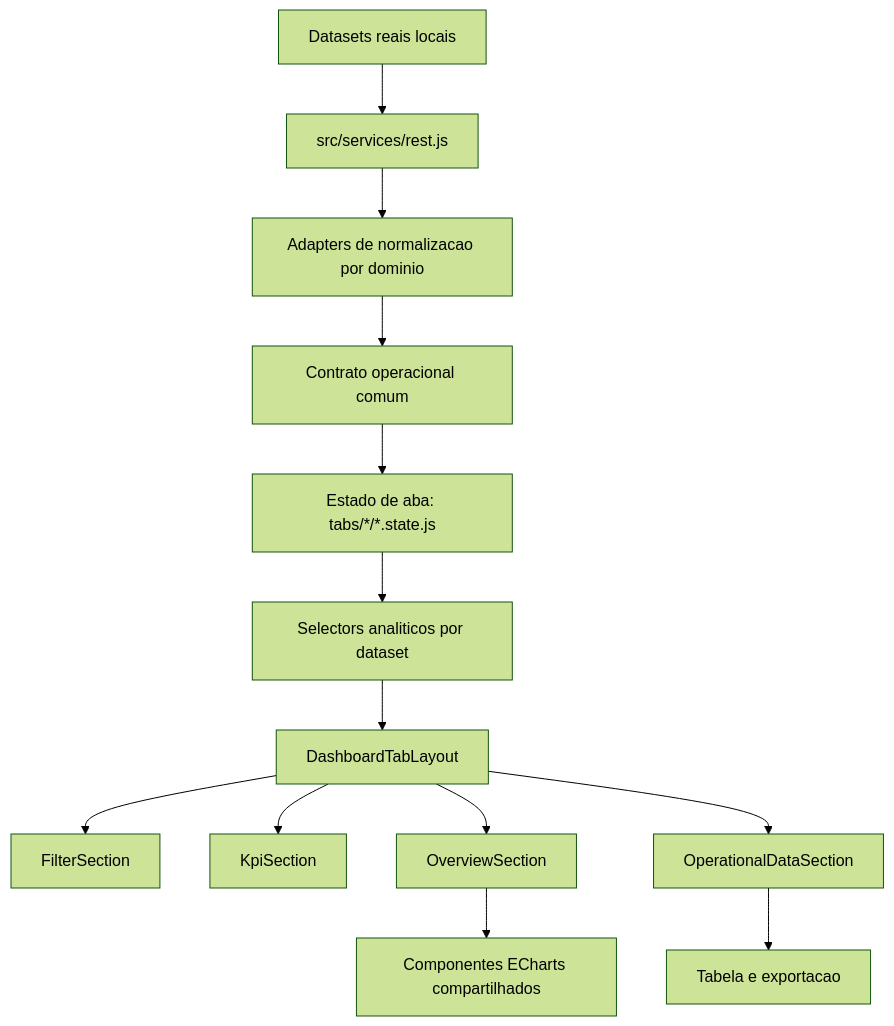
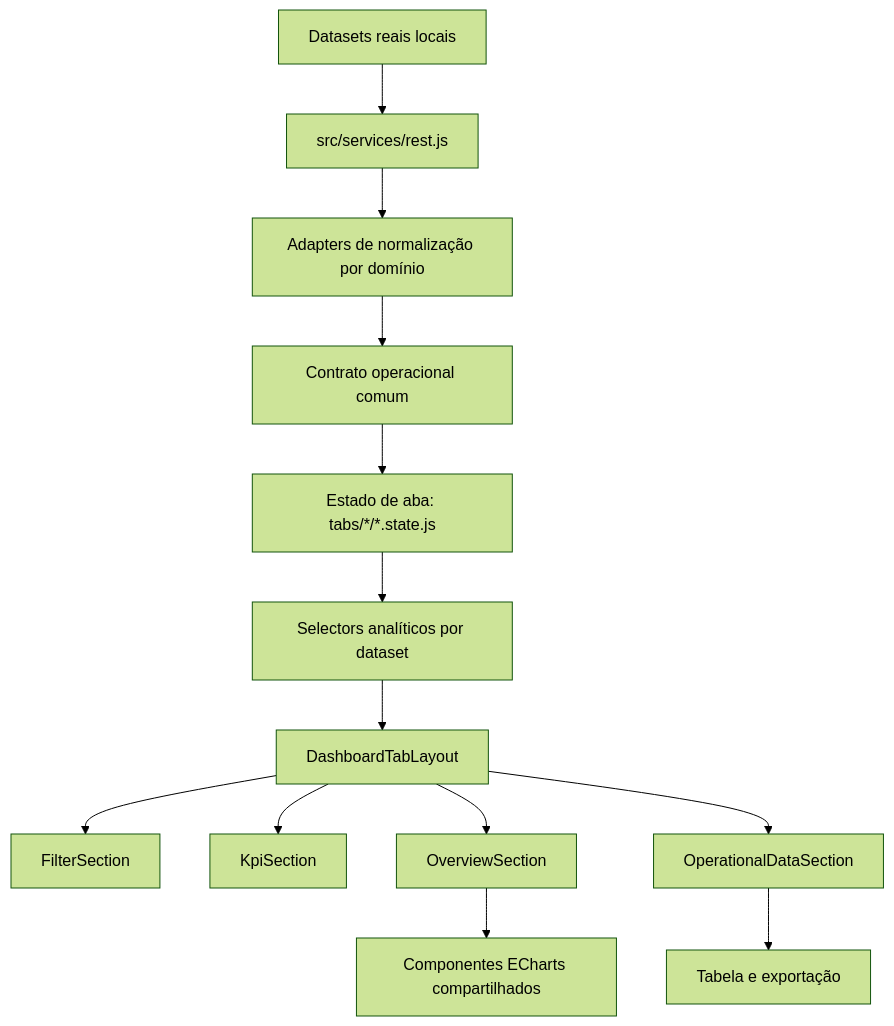
Before and after one commit to andrepimentelsantos01/dashboard-ia-bi-demo: the first of 2 diagrams in README.md, drawn with Mermaid (forest theme). The commit also changed other lines of this file, not shown here.

````diff
--- a/README.md
+++ b/README.md
@@ -31,15 +31,15 @@
 ```mermaid
 flowchart TD
     A["Datasets reais locais"] --> B["src/services/rest.js"]
-    B --> C["Adapters de normalizacao por dominio"]
+    B --> C["Adapters de normalização por domínio"]
     C --> D["Contrato operacional comum"]
     D --> E["Estado de aba: tabs/*/*.state.js"]
-    E --> F["Selectors analiticos por dataset"]
+    E --> F["Selectors analíticos por dataset"]
     F --> G["DashboardTabLayout"]
     G --> H["FilterSection"]
     G --> I["KpiSection"]
     G --> J["OverviewSection"]
     G --> K["OperationalDataSection"]
     J --> L["Componentes ECharts compartilhados"]
-    K --> M["Tabela e exportacao"]
+    K --> M["Tabela e exportação"]
 ```
````
